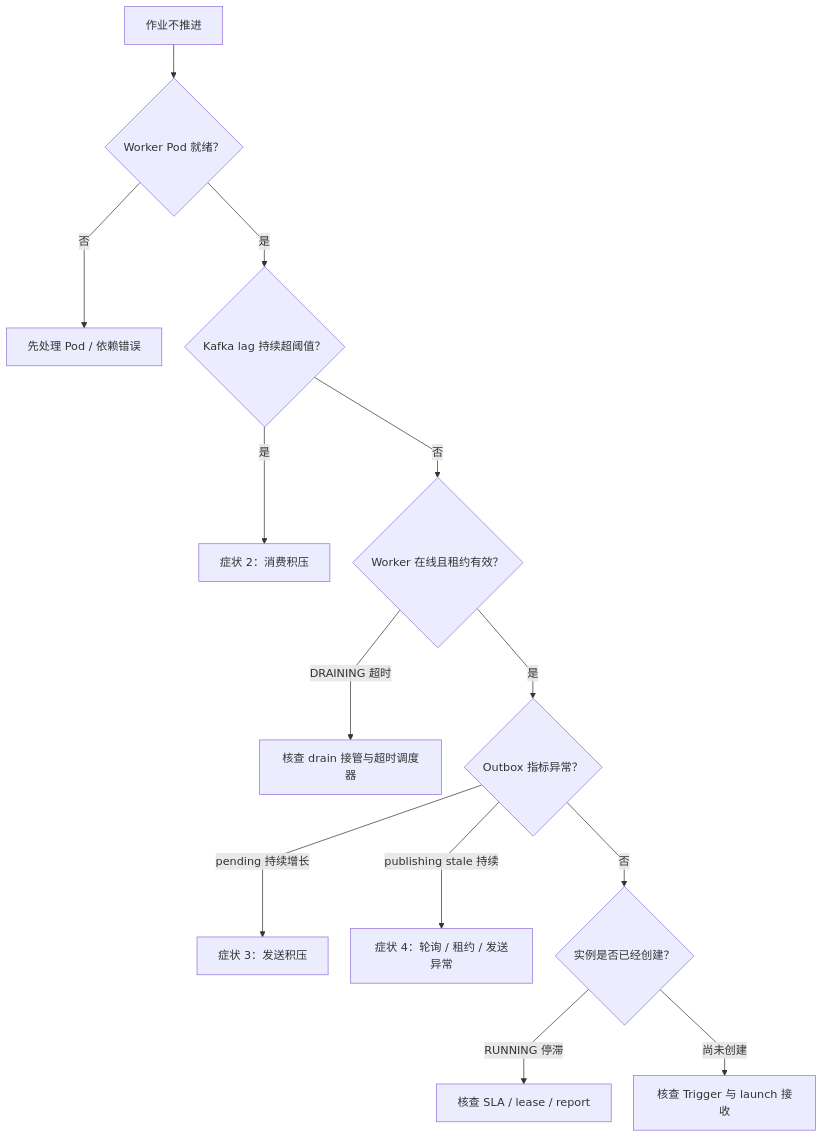
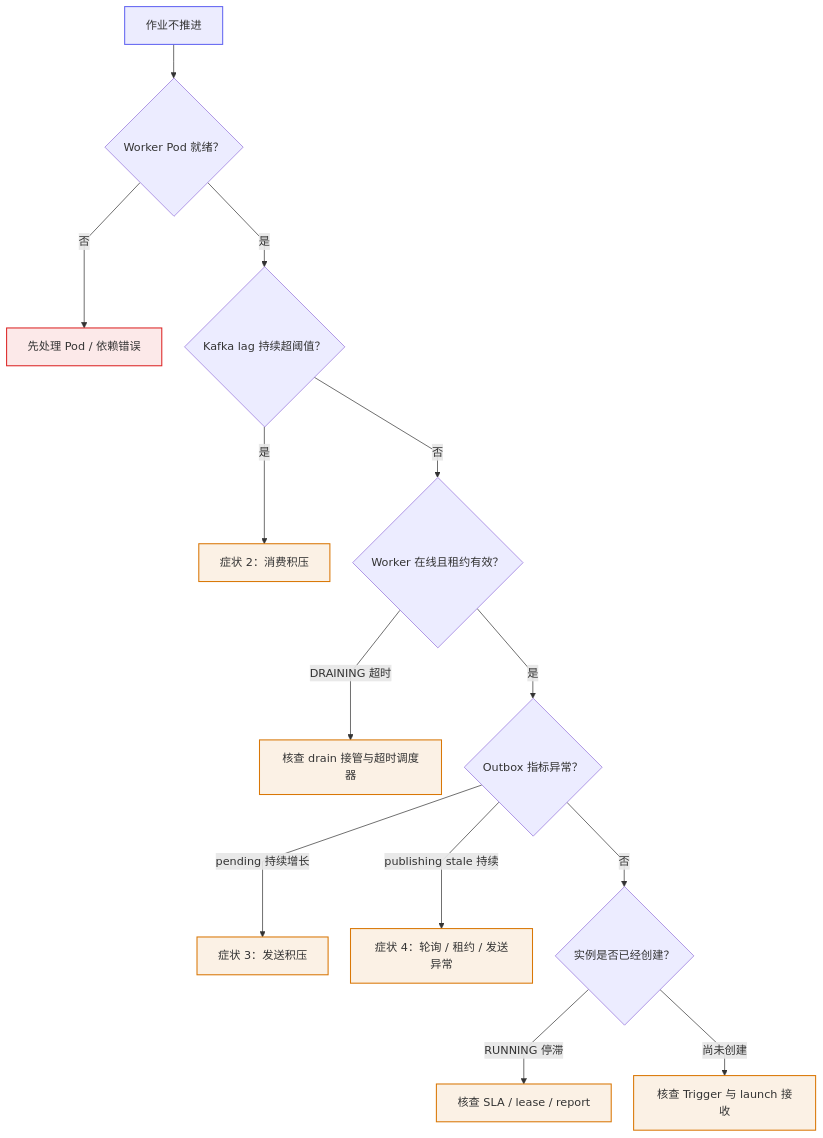
Before and after one commit to pinpols/file-batch-system: the first of 5 diagrams in docs/runbook/troubleshooting-decision-tree.md, drawn with Mermaid. The commit also changed 11 other files, not shown here.

First line of the commit message:
docs(diagram): P2 文档图按图例统一并按源码核对状态机 (#1383)

````diff
--- a/docs/runbook/troubleshooting-decision-tree.md
+++ b/docs/runbook/troubleshooting-decision-tree.md
@@ -25,16 +25,27 @@
 ```mermaid
 %%{init: {"flowchart":{"curve":"linear","nodeSpacing":32,"rankSpacing":48},"sequence":{"mirrorActors":false}}}%%
 flowchart TB
-  START["作业不推进"] --> POD{"Worker Pod 就绪？"}
-  POD -->|"否"| FIX["先处理 Pod / 依赖错误"]
+  START["作业不推进"]:::entry --> POD{"Worker Pod 就绪？"}
+  POD -->|"否"| FIX["先处理 Pod / 依赖错误"]:::fail
   POD -->|"是"| LAG{"Kafka lag 持续超阈值？"}
-  LAG -->|"是"| S2["症状 2：消费积压"]
+  LAG -->|"是"| S2["症状 2：消费积压"]:::wait
   LAG -->|"否"| WORKER{"Worker 在线且租约有效？"}
-  WORKER -->|"DRAINING 超时"| DRAIN["核查 drain 接管与超时调度器"]
+  WORKER -->|"DRAINING 超时"| DRAIN["核查 drain 接管与超时调度器"]:::wait
   WORKER -->|"是"| OUTBOX{"Outbox 指标异常？"}
-  OUTBOX -->|"pending 持续增长"| S3["症状 3：发送积压"]
-  OUTBOX -->|"publishing stale 持续"| S4["症状 4：轮询 / 租约 / 发送异常"]
+  OUTBOX -->|"pending 持续增长"| S3["症状 3：发送积压"]:::wait
+  OUTBOX -->|"publishing stale 持续"| S4["症状 4：轮询 / 租约 / 发送异常"]:::wait
   OUTBOX -->|"否"| JOB{"实例是否已经创建？"}
-  JOB -->|"RUNNING 停滞"| SLA["核查 SLA / lease / report"]
-  JOB -->|"尚未创建"| TRIGGER["核查 Trigger 与 launch 接收"]
+  JOB -->|"RUNNING 停滞"| SLA["核查 SLA / lease / report"]:::wait
+  JOB -->|"尚未创建"| TRIGGER["核查 Trigger 与 launch 接收"]:::wait
+  classDef entry fill:#6366f11f,stroke:#6366f1,stroke-width:1.5px
+  classDef control fill:#0284c71f,stroke:#0284c7,stroke-width:1.5px
+  classDef mq fill:#d977061f,stroke:#d97706,stroke-width:1.5px
+  classDef worker fill:#0596691f,stroke:#059669,stroke-width:1.5px
+  classDef store fill:#7c3aed1f,stroke:#7c3aed,stroke-width:1.5px
+  classDef ext fill:#64748b14,stroke:#64748b,stroke-width:1.2px,stroke-dasharray:4 3
+  classDef lib fill:#64748b14,stroke:#64748b,stroke-width:1.2px
+  classDef ok fill:#0596691f,stroke:#059669,stroke-width:1.5px
+  classDef fail fill:#dc26261a,stroke:#dc2626,stroke-width:1.5px
+  classDef wait fill:#d977061a,stroke:#d97706,stroke-width:1.5px
+  classDef muted fill:#64748b14,stroke:#64748b,stroke-width:1.2px,stroke-dasharray:4 3
 ```
````
